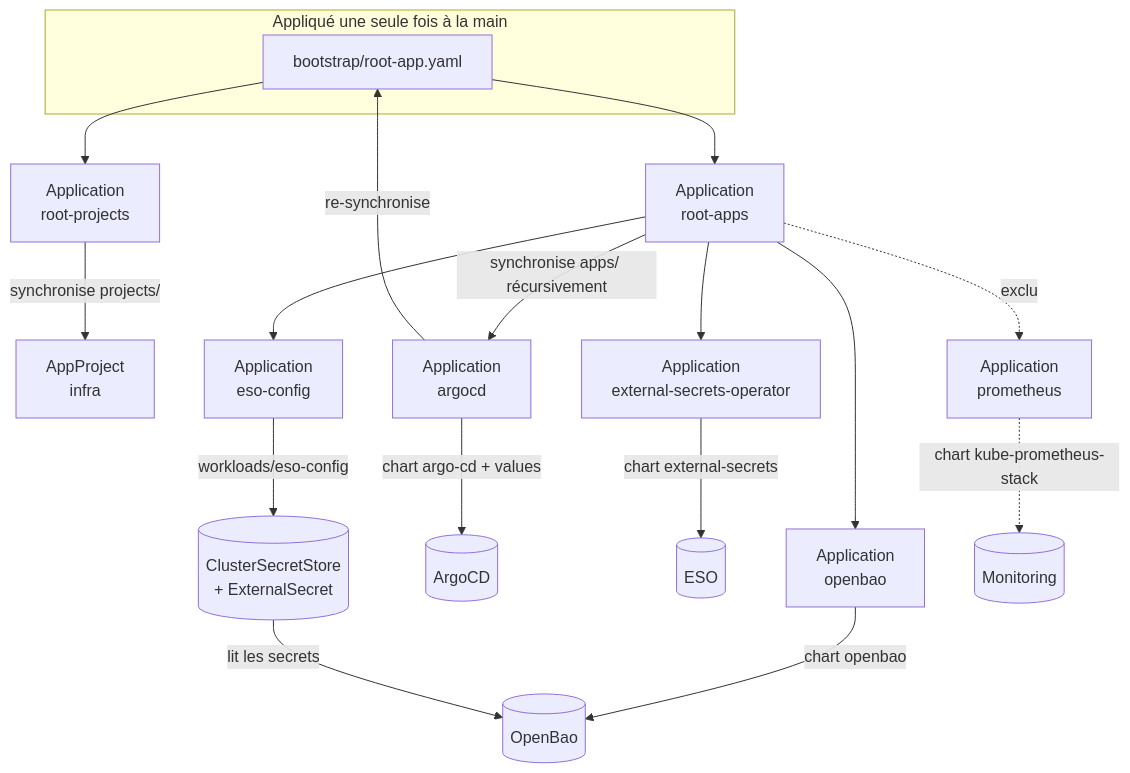
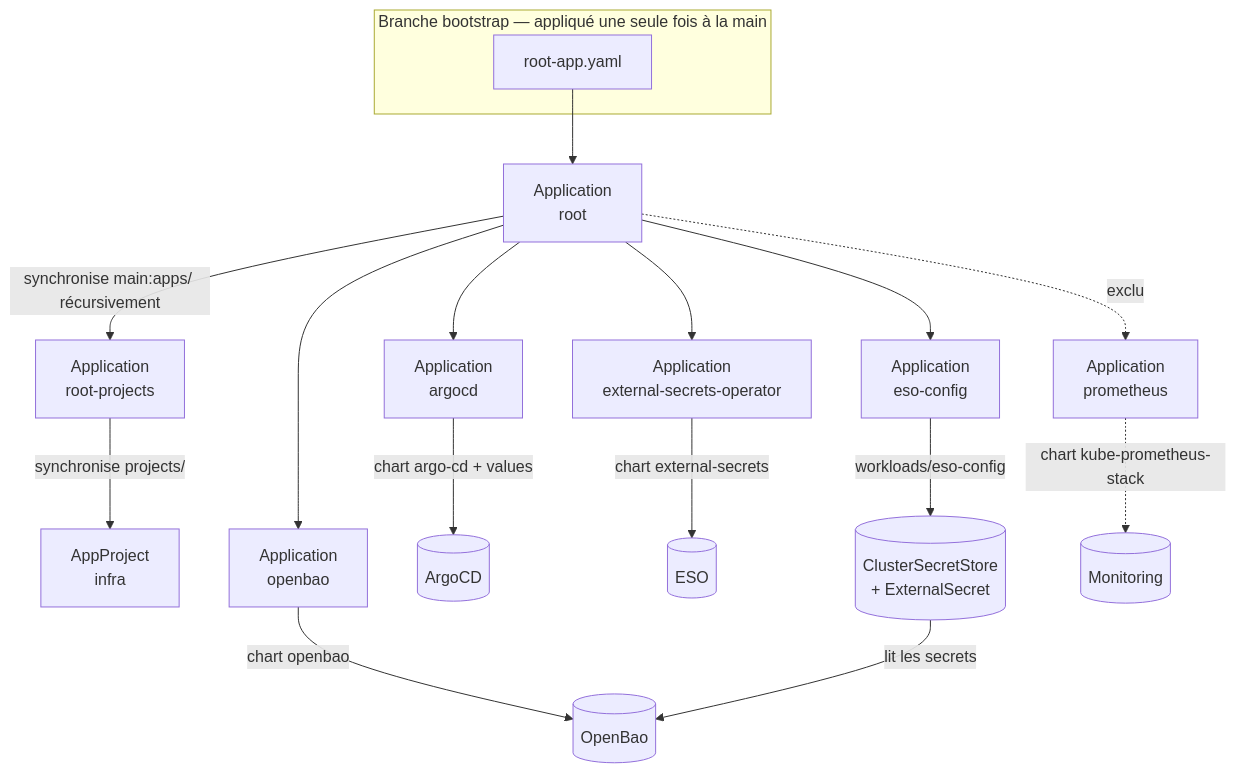
One commit to jeanbaptiste-billaud/ArgoCD_Udemy changed the diagram in README.md. Above: the diagram before and after it, drawn with Mermaid. The commit also changed other lines of this file and 6 other files, not shown here.

````diff
--- a/README.md
+++ b/README.md
@@ -36,26 +43,25 @@
 ```mermaid
 flowchart TD
-    subgraph manuel["Appliqué une seule fois à la main"]
-        RA[bootstrap/root-app.yaml]
+    subgraph manuel["Branche bootstrap — appliqué une seule fois à la main"]
+        RA[root-app.yaml]
     end
 
-    RA --> RP[Application<br/>root-projects]
-    RA --> RAPPS[Application<br/>root-apps]
+    RA --> ROOT[Application<br/>root]
 
+    ROOT -->|synchronise main:apps/ récursivement| RP[Application<br/>root-projects]
     RP -->|synchronise projects/| PRJ[AppProject<br/>infra]
 
-    RAPPS -->|synchronise apps/ récursivement| ARGO[Application<br/>argocd]
-    RAPPS --> ESO[Application<br/>external-secrets-operator]
-    RAPPS --> ESOC[Application<br/>eso-config]
-    RAPPS --> BAO[Application<br/>openbao]
-    RAPPS -. exclu .-> PROM[Application<br/>prometheus]
+    ROOT --> ARGO[Application<br/>argocd]
+    ROOT --> ESO[Application<br/>external-secrets-operator]
+    ROOT --> ESOC[Application<br/>eso-config]
+    ROOT --> BAO[Application<br/>openbao]
+    ROOT -. exclu .-> PROM[Application<br/>prometheus]
 
     ARGO -->|chart argo-cd + values| ARGOCD[(ArgoCD)]
-    ARGO -->|re-synchronise| RA
     ESO -->|chart external-secrets| ESOD[(ESO)]
     ESOC -->|workloads/eso-config| CSS[(ClusterSecretStore<br/>+ ExternalSecret)]
     BAO -->|chart openbao| BAOD[(OpenBao)]
     PROM -.->|chart kube-prometheus-stack| PROMD[(Monitoring)]
 
     CSS -->|lit les secrets| BAOD
 ```
````
